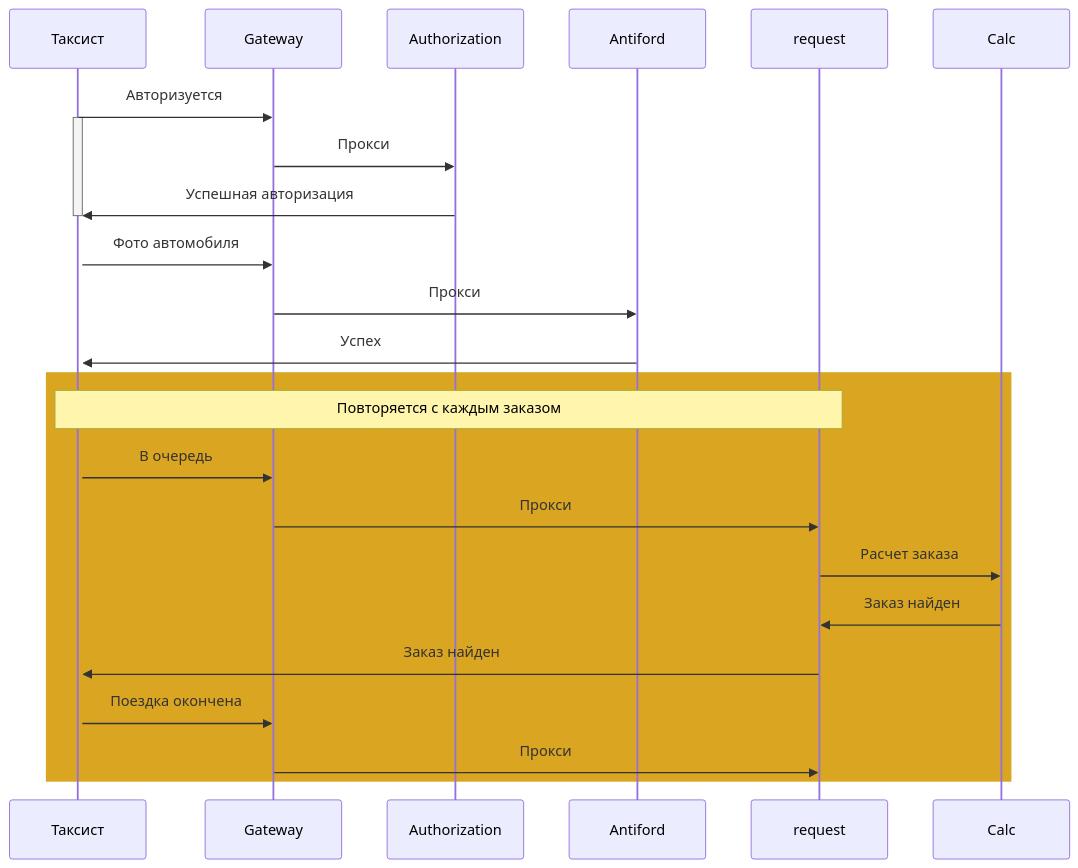
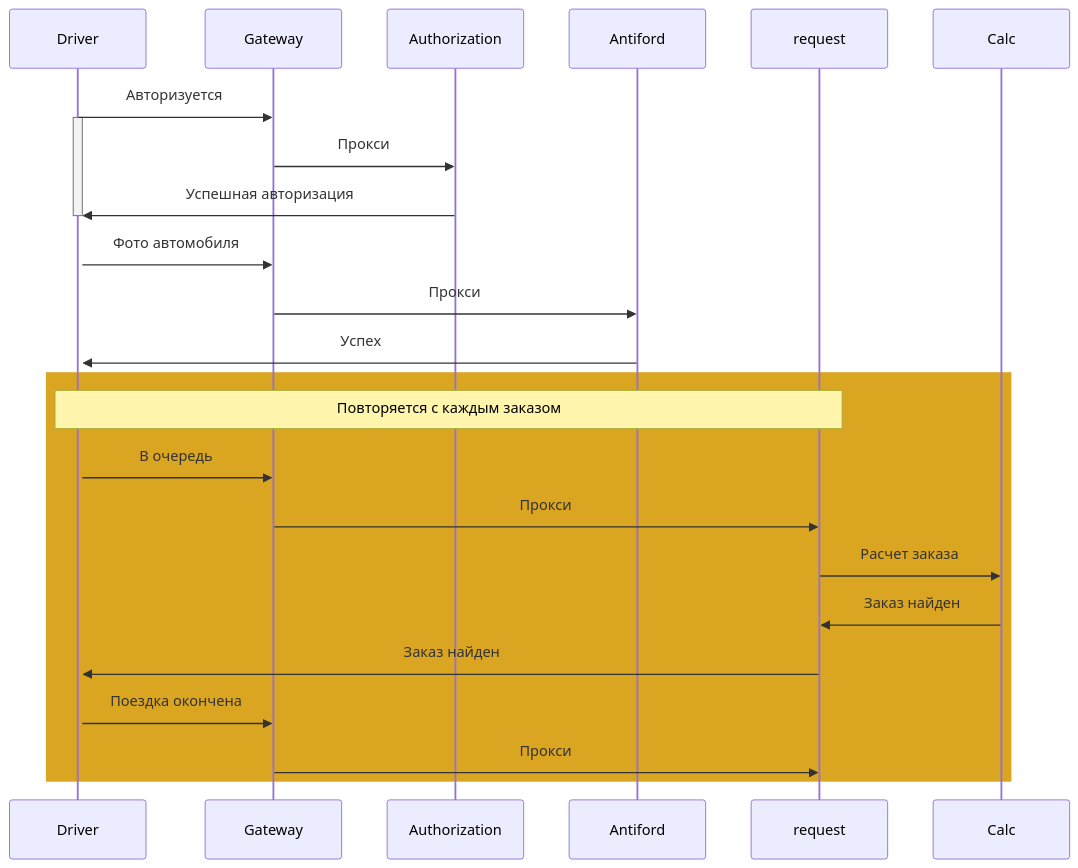
Before and after one commit to deriglazoff/promocodes: the first of 2 diagrams in README.md, drawn with Mermaid. The commit also changed other lines of this file, not shown here.

````diff
--- a/README.md
+++ b/README.md
@@ -2,27 +9,27 @@
 ```mermaid
 sequenceDiagram
-participant customer as Таксист
+participant customer as Driver
 participant Gateway
 participant auth as Authorization
 participant anti as Antiford
 participant req as request
   customer->>Gateway:Авторизуется
   activate customer
   Gateway->>auth:Прокси
   auth->>customer:Успешная авторизация
   deactivate customer
   activate customer
   customer->>Gateway:Фото автомобиля
   Gateway->>anti:Прокси
   anti->>customer:Успех
     rect GoldenRod
     Note over customer, req:Повторяется с каждым заказом
     customer->>Gateway:В очередь
     Gateway->>req:Прокси
     req->>Сalc:Расчет заказа
     Сalc->>req:Заказ найден
     req->>customer:Заказ найден
     customer->>Gateway:Поездка окончена
     Gateway->>req:Прокси
     end
 ```
````
